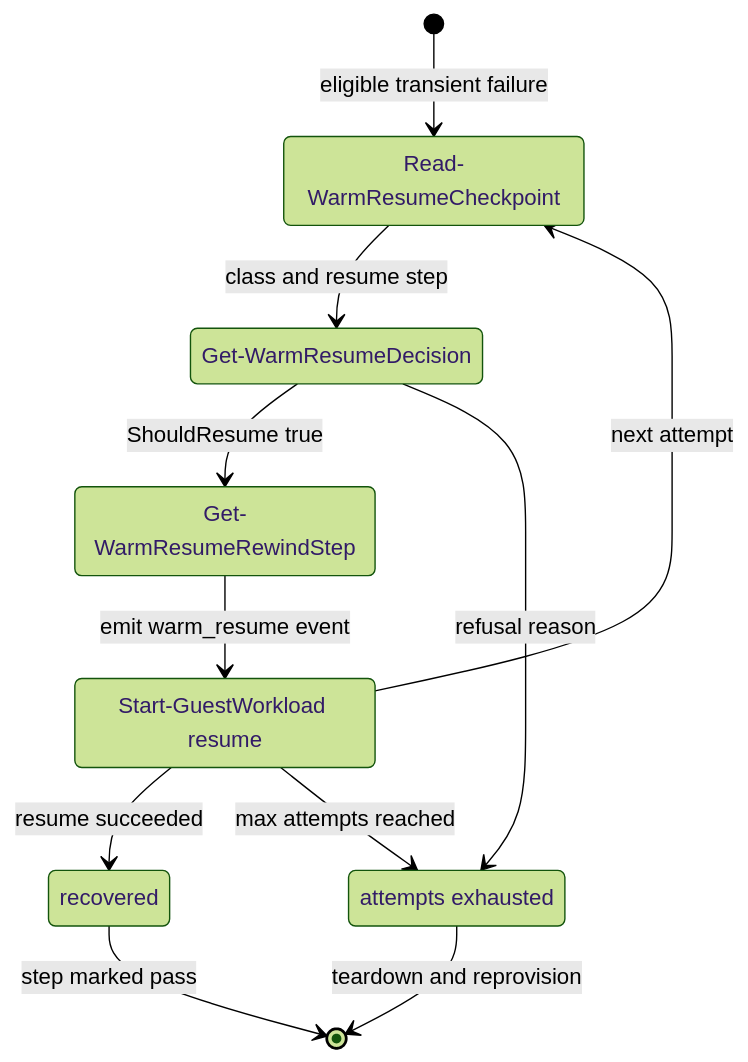
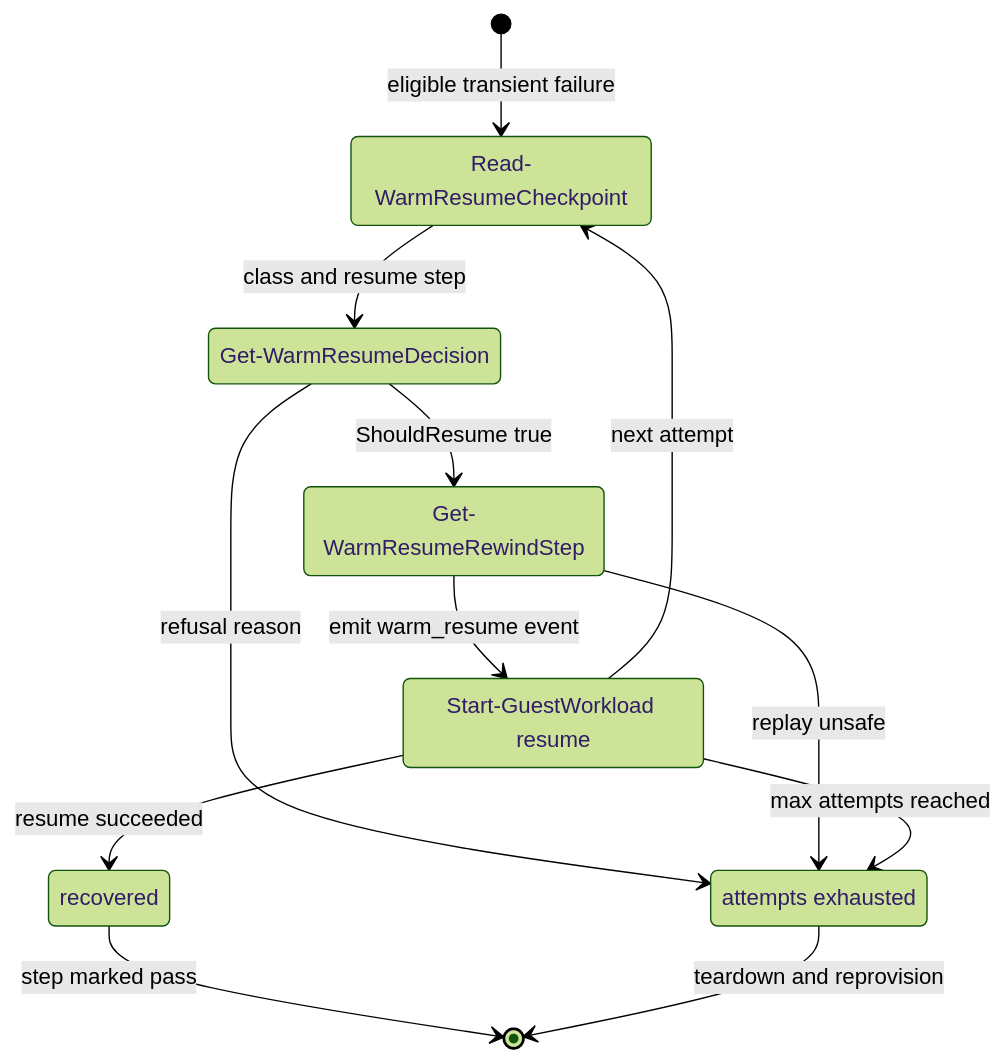
One commit to alissonsol/yuruna changed the third of 3 diagrams in docs/design/04-lifecycle-state.md. Above: the diagram before and after it, drawn with Mermaid (forest theme). The commit also changed other lines of this file and 664 other files, not shown here.

````diff
--- a/docs/design/04-lifecycle-state.md
+++ b/docs/design/04-lifecycle-state.md
@@ -268,20 +284,21 @@
 ```mermaid
 stateDiagram-v2
     %% entered only when testCycle warmResume is enabled
     state "Read-WarmResumeCheckpoint" as checkpoint
     state "Get-WarmResumeDecision" as decision
     state "Get-WarmResumeRewindStep" as rewind
     state "Start-GuestWorkload resume" as resume_run
     state "recovered" as recovered
     state "attempts exhausted" as exhausted
     [*] --> checkpoint : eligible transient failure
     checkpoint --> decision : class and resume step
     decision --> rewind : ShouldResume true
     decision --> exhausted : refusal reason
     rewind --> resume_run : emit warm_resume event
+    rewind --> exhausted : replay unsafe
     resume_run --> recovered : resume succeeded
     resume_run --> checkpoint : next attempt
     resume_run --> exhausted : max attempts reached
     recovered --> [*] : step marked pass
     exhausted --> [*] : teardown and reprovision
 ```
````
